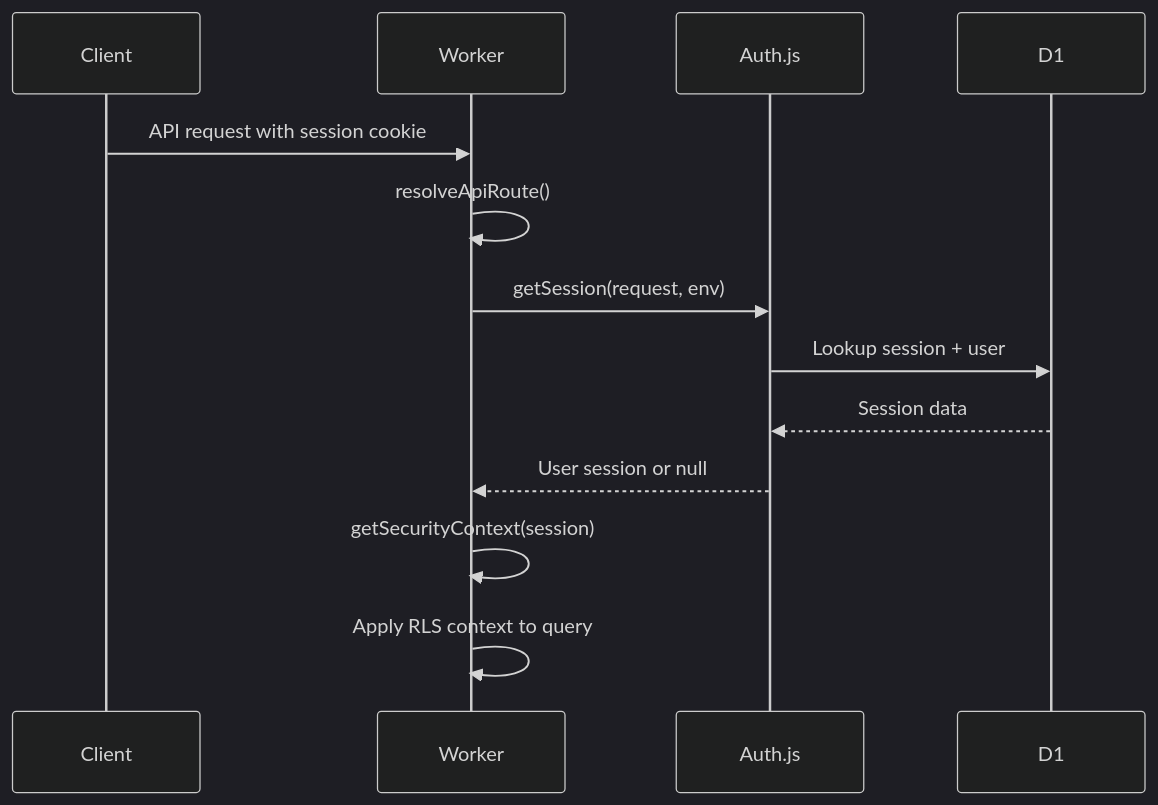
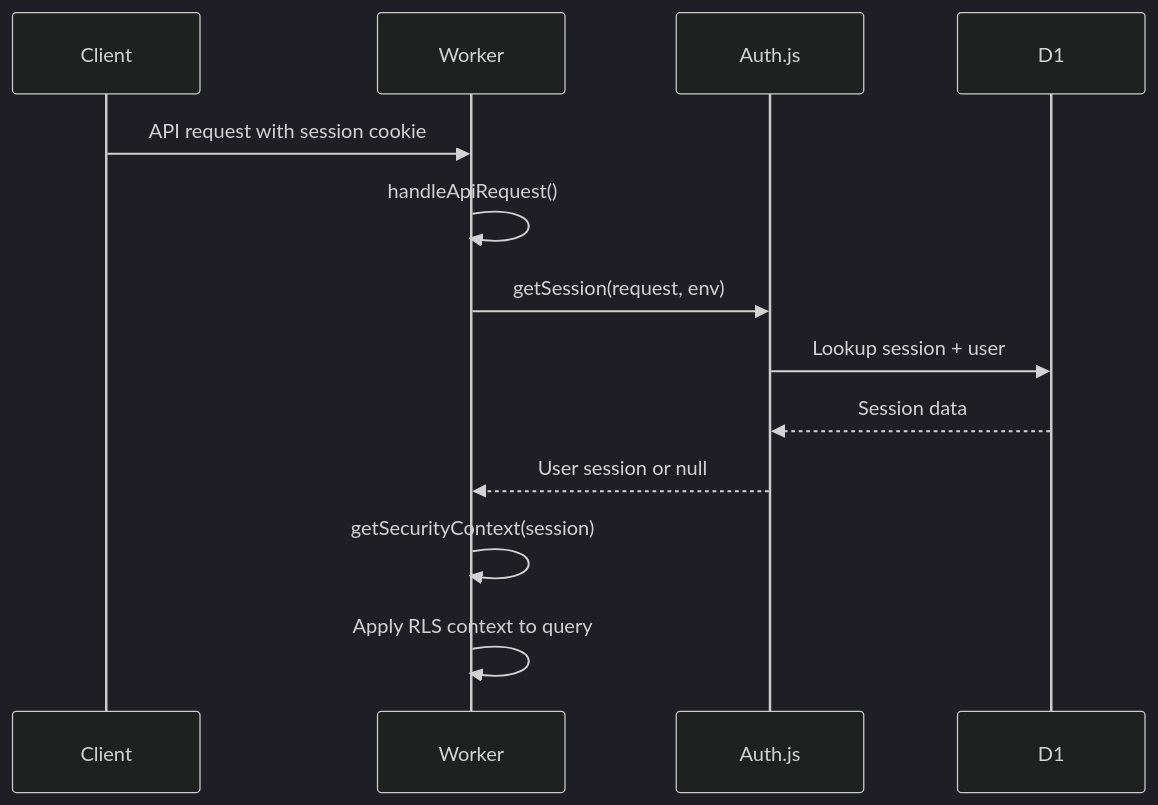
Before and after one commit to thinkdj/ottabase: the sixth of 13 diagrams in ARCHITECTURE.md, drawn with Mermaid (dark theme). The commit also changed other lines of this file and 20 other files, not shown here.

````diff
--- a/ARCHITECTURE.md
+++ b/ARCHITECTURE.md
@@ -235,16 +236,16 @@
 ```mermaid
 sequenceDiagram
     participant C as Client
     participant W as Worker
     participant A as Auth.js
     participant D as D1
 
     C->>W: API request with session cookie
-    W->>W: resolveApiRoute()
+    W->>W: handleApiRequest()
     W->>A: getSession(request, env)
     A->>D: Lookup session + user
     D-->>A: Session data
     A-->>W: User session or null
     W->>W: getSecurityContext(session)
     W->>W: Apply RLS context to query
 ```
````
